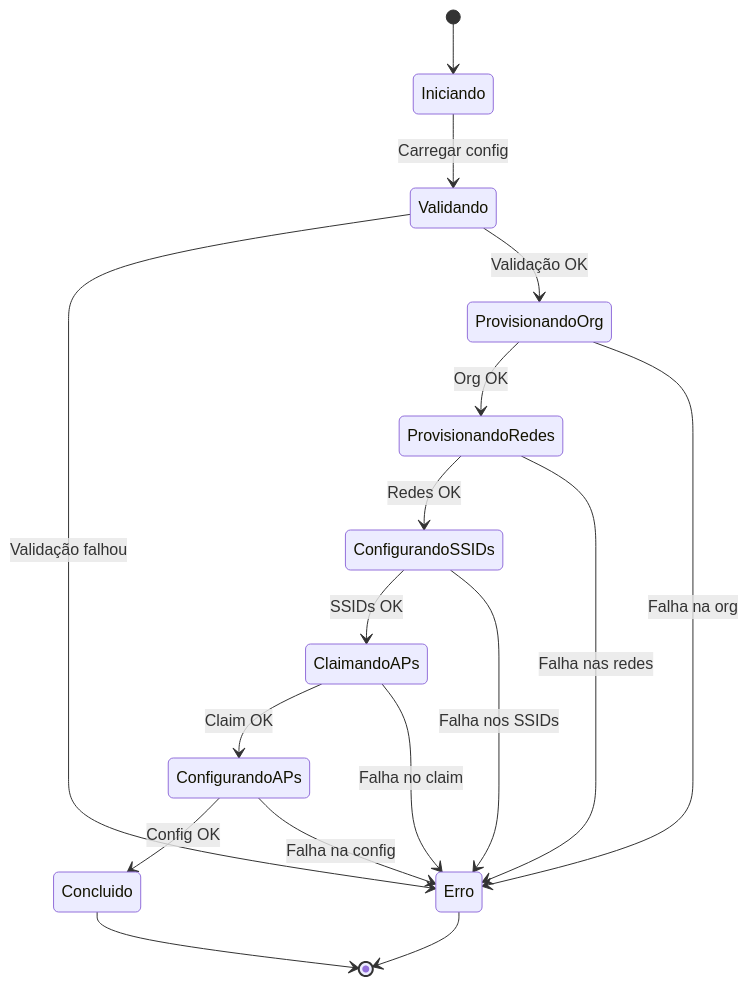
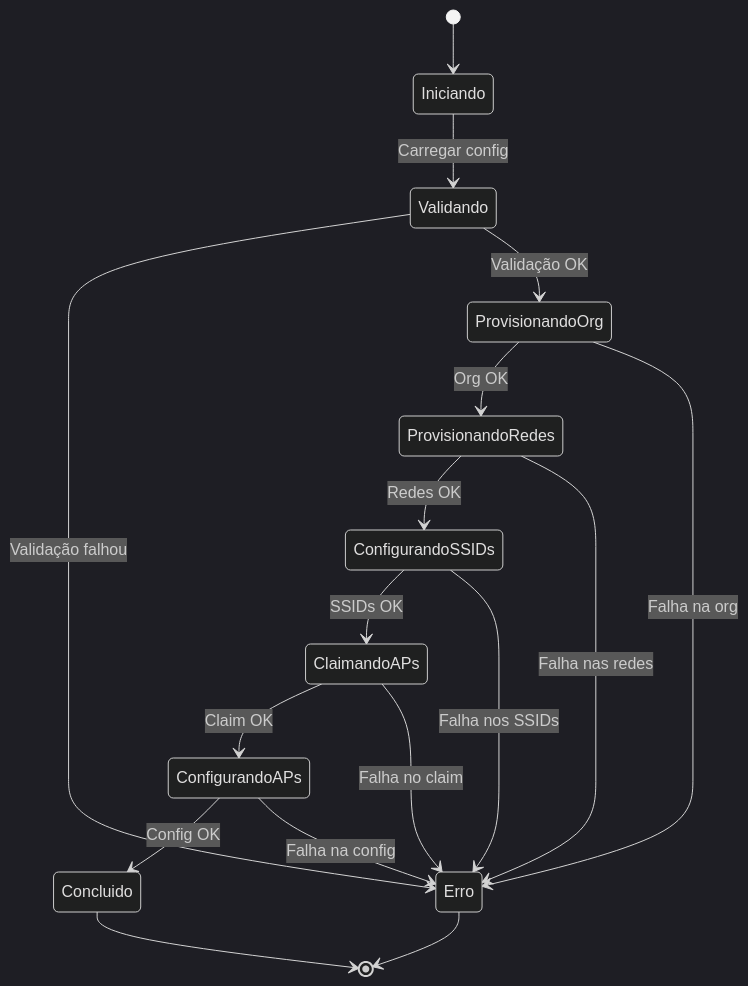
Before and after one commit to rodrigo-freitas-com/meraki-ansible: diagram 12 of 13 in docs/system-modeling.md, drawn with Mermaid. The commit also changed other lines of this file and 2 other files, not shown here.

````diff
--- a/docs/system-modeling.md
+++ b/docs/system-modeling.md
@@ -454,26 +448,27 @@
 ```mermaid
+%%{init: {'theme': 'dark'}}%%
 stateDiagram-v2
     [*] --> Iniciando
 
     Iniciando --> Validando: Carregar config
     Validando --> Erro: Validação falhou
     Validando --> ProvisionandoOrg: Validação OK
 
     ProvisionandoOrg --> ProvisionandoRedes: Org OK
     ProvisionandoOrg --> Erro: Falha na org
 
     ProvisionandoRedes --> ConfigurandoSSIDs: Redes OK
     ProvisionandoRedes --> Erro: Falha nas redes
 
     ConfigurandoSSIDs --> ClaimandoAPs: SSIDs OK
     ConfigurandoSSIDs --> Erro: Falha nos SSIDs
 
     ClaimandoAPs --> ConfigurandoAPs: Claim OK
     ClaimandoAPs --> Erro: Falha no claim
 
     ConfigurandoAPs --> Concluido: Config OK
     ConfigurandoAPs --> Erro: Falha na config
 
     Concluido --> [*]
     Erro --> [*]
 ```
````
